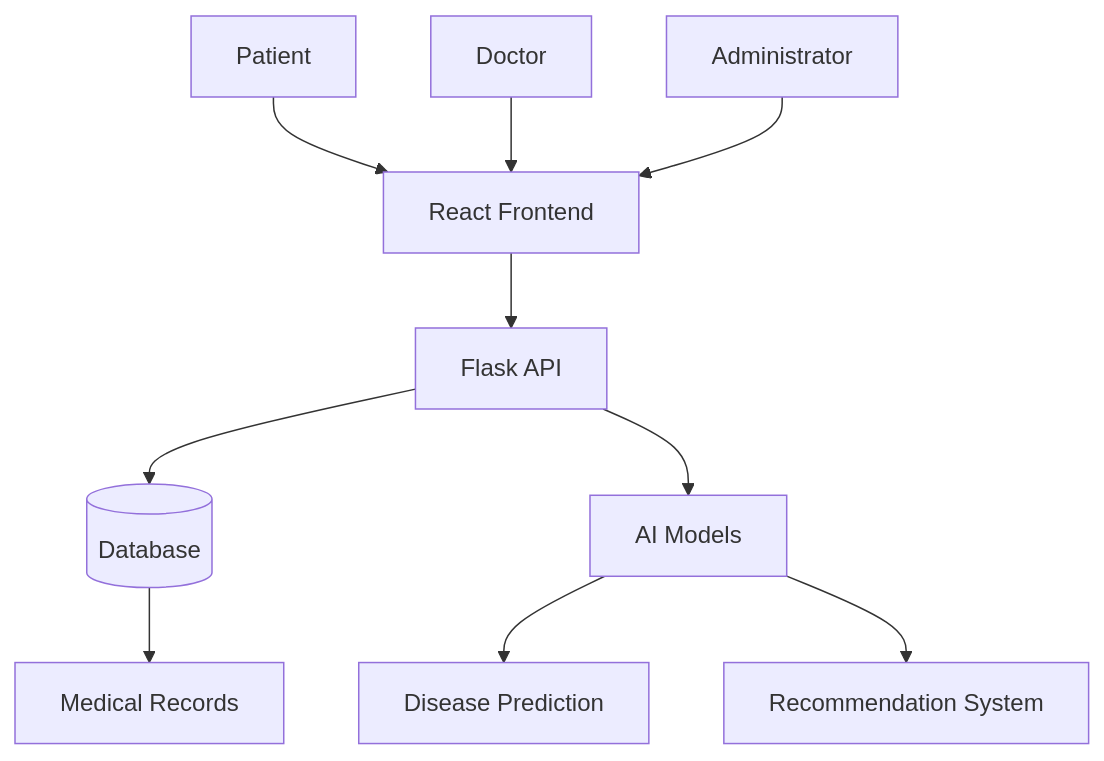
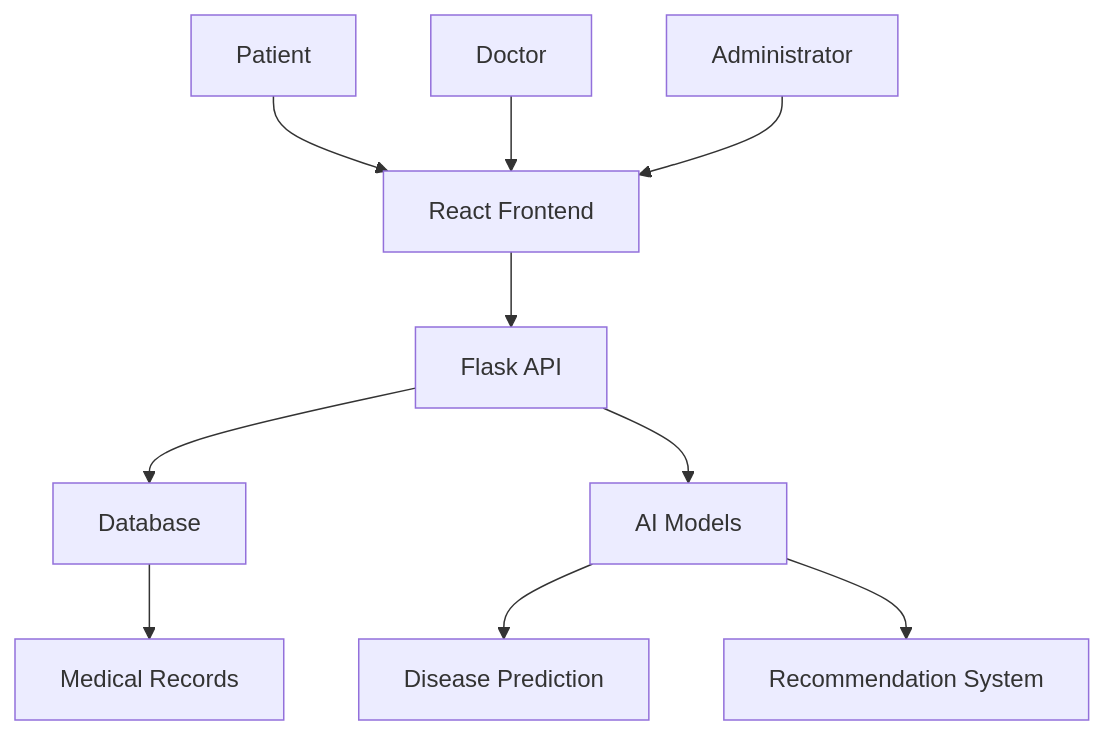
One commit to amisaoud-commits/rendez-vous-medical changed the diagram in README.md. Above: the diagram before and after it, drawn with Mermaid. The commit also changed other lines of this file, not shown here.

````diff
--- a/README.md
+++ b/README.md
@@ -183,19 +123,12 @@
 ```mermaid
 flowchart TD
-
-A[Patient] --> B[React Frontend]
-C[Doctor] --> B
-D[Administrator] --> B
-
-B --> E[Flask API]
-
-E --> F[(Database)]
-
-E --> G[AI Models]
-
-G --> H[Disease Prediction]
-
-G --> I[Recommendation System]
-
-F --> J[Medical Records]
+    A[Patient] --> B[React Frontend]
+    C[Doctor] --> B
+    D[Administrator] --> B
+    B --> E[Flask API]
+    E --> F[Database]
+    E --> G[AI Models]
+    G --> H[Disease Prediction]
+    G --> I[Recommendation System]
+    F --> J[Medical Records]
 ```
````
